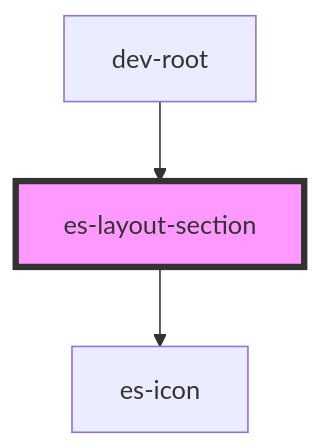
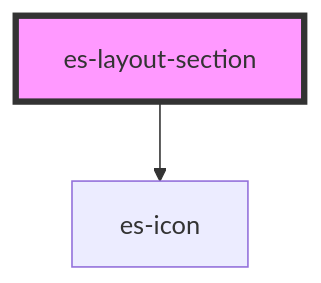
Before and after one commit to EventStore/Design-System: the diagram in packages/layout/src/components/es-layout-section/readme.md, drawn with Mermaid. The commit also changed other lines of this file and 20 other files, not shown here.

Commit message:
Make es-nav leaves optionally strict - don't default to strict - add option to re-enable it - move dev-root to be a .demo component

````diff
--- a/packages/layout/src/components/es-layout-section/readme.md
+++ b/packages/layout/src/components/es-layout-section/readme.md
@@ -62,6 +58,5 @@
 ```mermaid
 graph TD;
   es-layout-section --> es-icon
-  dev-root --> es-layout-section
   style es-layout-section fill:#f9f,stroke:#333,stroke-width:4px
 ```
````
